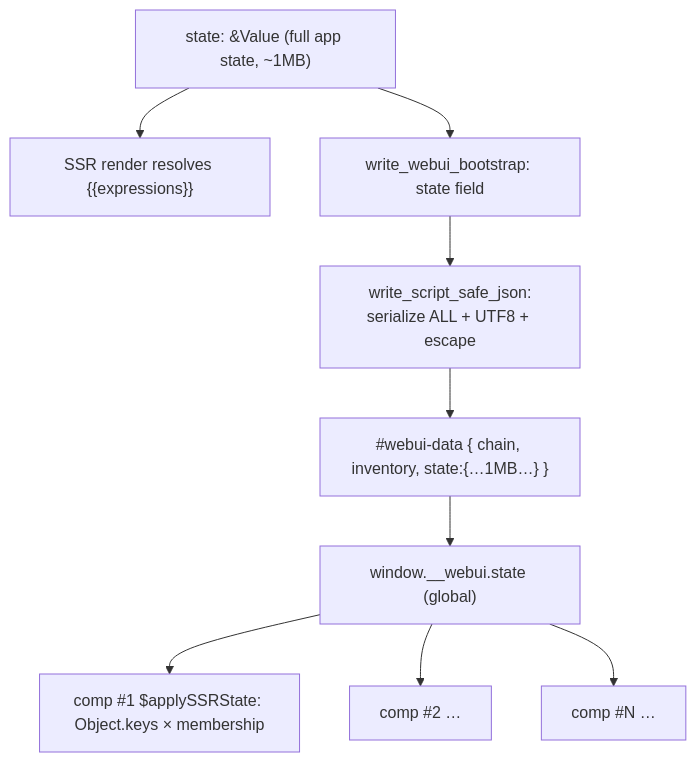
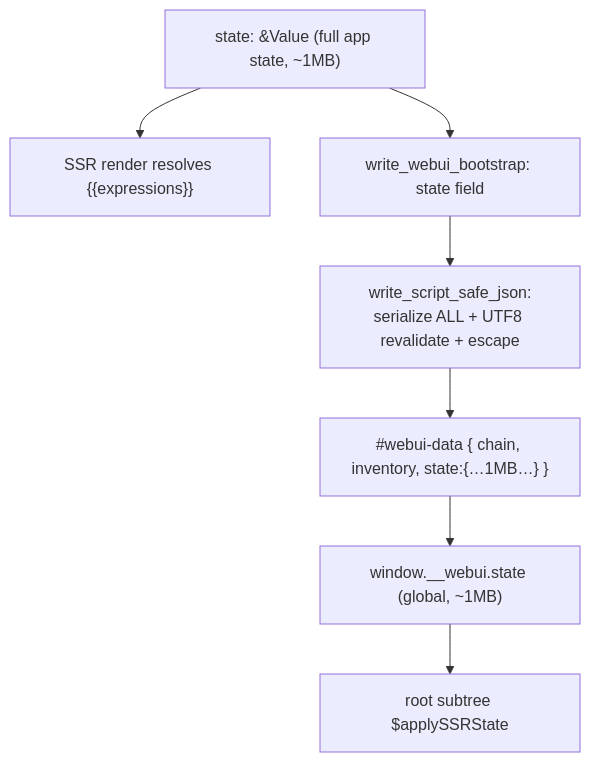
The first of 2 diagrams in rfcs/hydration-schema.md (microsoft/webui), drawn with Mermaid before and after one commit. The commit also changed other lines of this file and 1 other file, not shown here.

First line of the commit message:
Project SSR state to hydration schema at render time

````diff
--- a/rfcs/hydration-schema.md
+++ b/rfcs/hydration-schema.md
@@ -71,12 +79,10 @@
 ```mermaid
 flowchart TB
     S["state: &Value (full app state, ~1MB)"]
     S --> R["SSR render resolves {{expressions}}"]
     S --> B["write_webui_bootstrap: state field"]
-    B --> J["write_script_safe_json:<br/>serialize ALL + UTF8 + escape"]
+    B --> J["write_script_safe_json:<br/>serialize ALL + UTF8 revalidate + escape"]
     J --> D["#webui-data { chain, inventory, state:{…1MB…} }"]
-    D --> G["window.__webui.state (global)"]
-    G --> H1["comp #1 $applySSRState: Object.keys × membership"]
-    G --> H2["comp #2 …"]
-    G --> HN["comp #N …"]
+    D --> G["window.__webui.state (global, ~1MB)"]
+    G --> H1["root subtree $applySSRState"]
 ```
````
